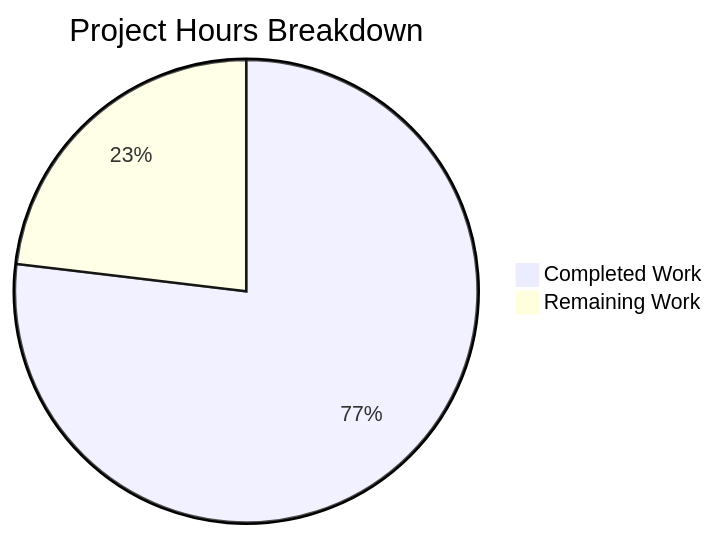
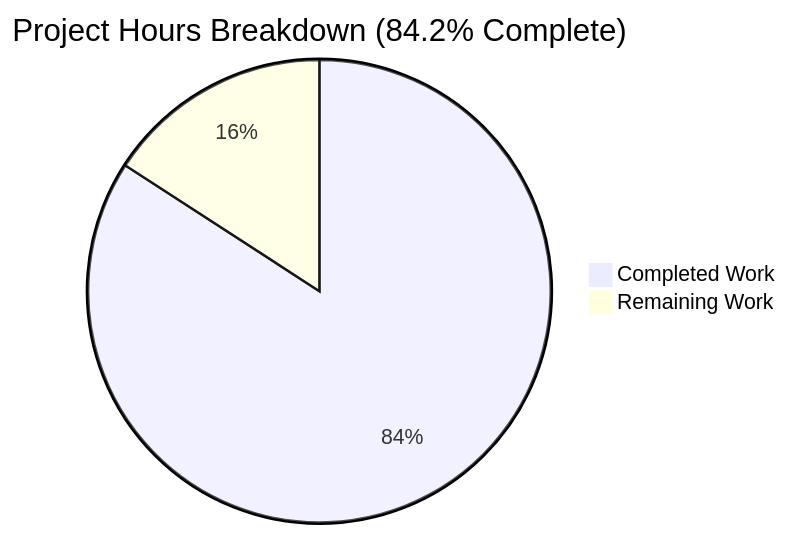
The first of 3 diagrams in blitzy/documentation/Project Guide.md (latika-singh/Blitzy-Synthetic-Data-Generator-2), drawn with Mermaid before and after one commit. The commit also changed other lines of this file, not shown here.

Commit message:
Adding Blitzy Project Guide: Project Status and Human Tasks Remaining

````diff
--- a/blitzy/documentation/Project Guide.md
+++ b/blitzy/documentation/Project Guide.md
@@ -142,5 +155,5 @@
 ```mermaid
-pie title Project Hours Breakdown
-    "Completed Work" : 316
-    "Remaining Work" : 95
+pie title Project Hours Breakdown (84.2% Complete)
+    "Completed Work" : 324
+    "Remaining Work" : 61
 ```
````
